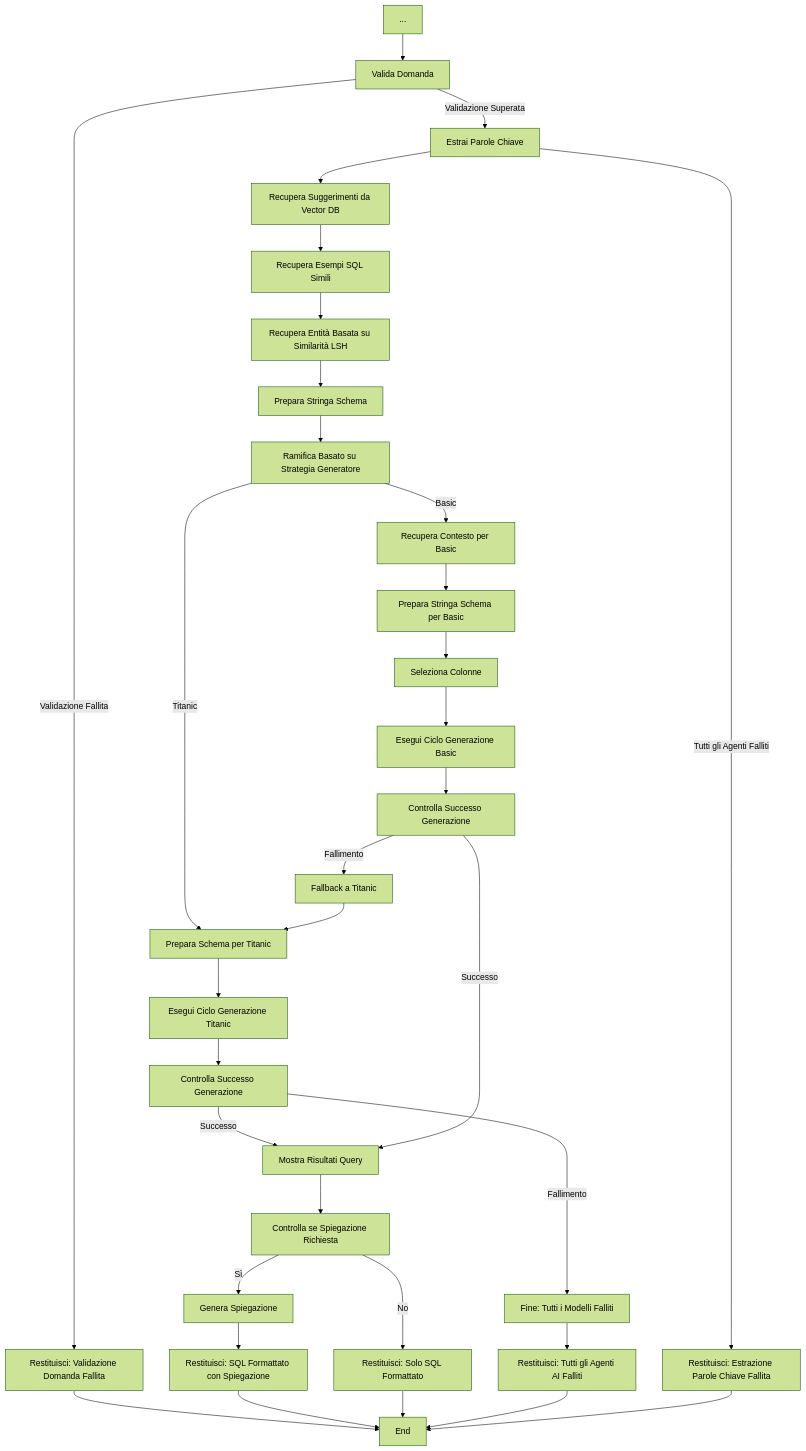
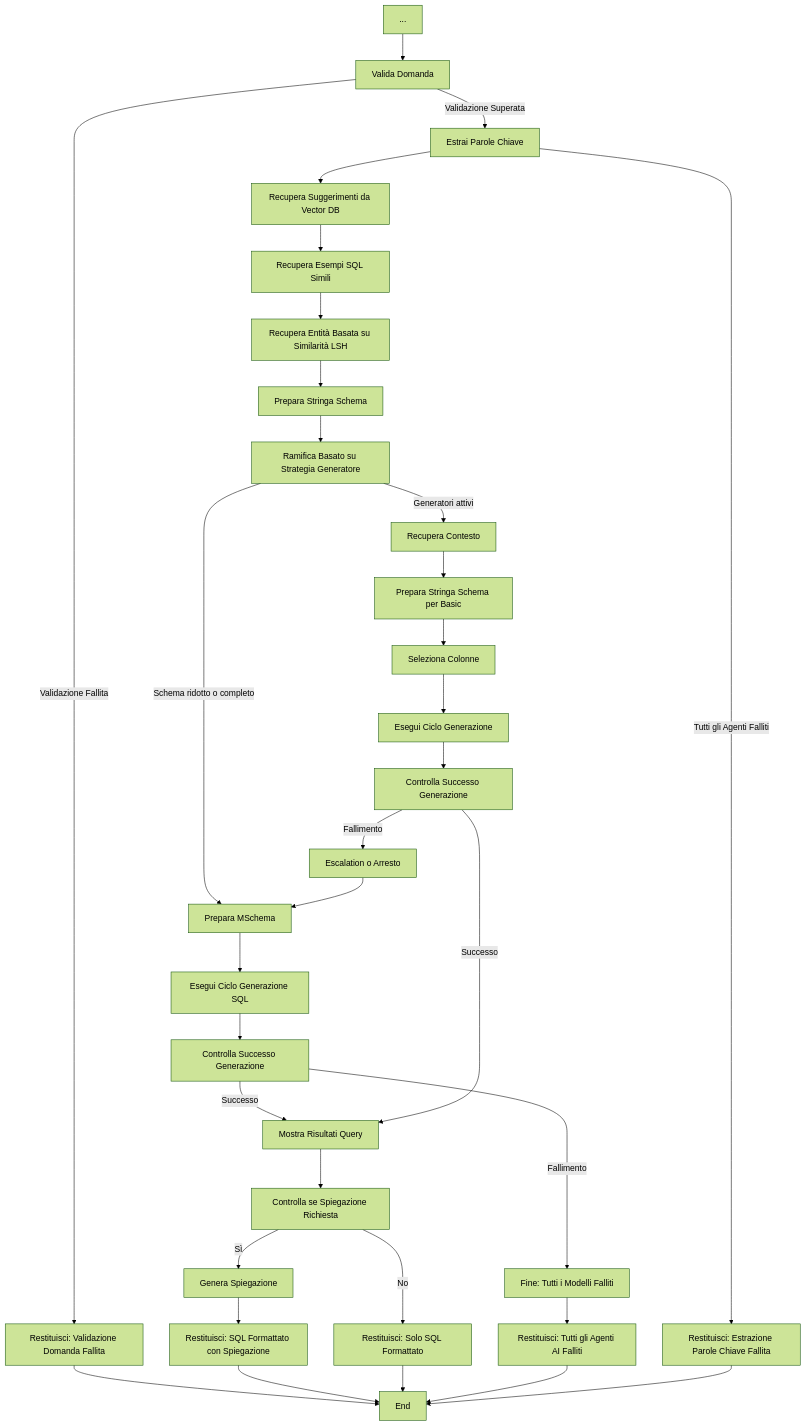
The second of 2 diagrams in legacy-docs/thothdocs-import/original-site/5-reference_manual/5.3-workflow/5.3.2-main_workflow.md (mptyl/ThothAI), drawn with Mermaid (forest theme) before and after one commit. The commit also changed other lines of this file and 12 other files, not shown here.

````diff
--- a/legacy-docs/thothdocs-import/original-site/5-reference_manual/5.3-workflow/5.3.2-main_workflow.md
+++ b/legacy-docs/thothdocs-import/original-site/5-reference_manual/5.3-workflow/5.3.2-main_workflow.md
@@ -41,35 +33,35 @@
 ```mermaid
 graph TD
     ... --> K[Valida Domanda]
     K -->|Validazione Fallita| L[Restituisci: Validazione Domanda Fallita]
     K -->|Validazione Superata| M[Estrai Parole Chiave]
     M --> P[Recupera Suggerimenti da Vector DB]
     P --> Q[Recupera Esempi SQL Simili]
     Q --> R[Recupera Entità Basata su Similarità LSH]
     R --> S[Prepara Stringa Schema]
     S --> T[Ramifica Basato su Strategia Generatore]
-    T -->|Titanic| U[Prepara Schema per Titanic]
-    U --> V[Esegui Ciclo Generazione Titanic]
+    T -->|Schema ridotto o completo| U[Prepara MSchema]
+    U --> V[Esegui Ciclo Generazione SQL]
     V --> W[Controlla Successo Generazione]
     W -->|Successo| X[Mostra Risultati Query]
     W -->|Fallimento| Y[Fine: Tutti i Modelli Falliti]
-    T -->|Basic| Z[Recupera Contesto per Basic]
+    T -->|Generatori attivi| Z[Recupera Contesto]
     Z --> AA[Prepara Stringa Schema per Basic]
     AA --> AB[Seleziona Colonne]
-    AB --> AE[Esegui Ciclo Generazione Basic]
+    AB --> AE[Esegui Ciclo Generazione]
     AE --> AF[Controlla Successo Generazione]
     AF -->|Successo| X
-    AF -->|Fallimento| AG[Fallback a Titanic]
+    AF -->|Fallimento| AG[Escalation o Arresto]
     AG --> U
     X --> AH[Controlla se Spiegazione Richiesta]
     AH -->|Sì| AI[Genera Spiegazione]
     AI --> AJ[Restituisci: SQL Formattato con Spiegazione]
     AH -->|No| AK[Restituisci: Solo SQL Formattato]
     Y --> AL[Restituisci: Tutti gli Agenti AI Falliti]
     M -->|Tutti gli Agenti Falliti| AM[Restituisci: Estrazione Parole Chiave Fallita]
     L --> End
     AJ --> End
     AK --> End
     AL --> End
     AM --> End
 ```
````
